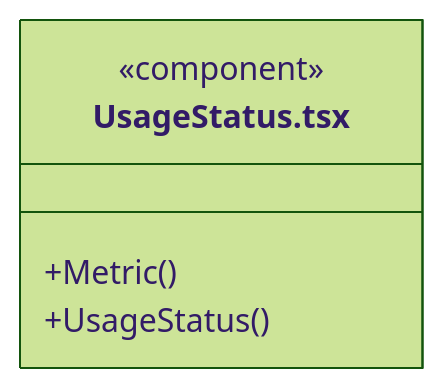
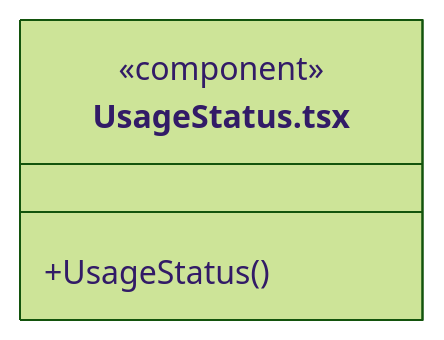
Diagram 25 of 33 in src/frontend/conversation/ARCHITECTURE.md (nan023062/cbim), drawn with Mermaid (forest theme) before and after one commit. The commit also changed other lines of this file and 240 other files, not shown here.

````diff
--- a/src/frontend/conversation/ARCHITECTURE.md
+++ b/src/frontend/conversation/ARCHITECTURE.md
@@ -308,8 +332,7 @@
 ```mermaid
 classDiagram
 class N_src_frontend_conversation_UsageStatus_tsx["UsageStatus.tsx"] {
   <<component>>
-  +Metric()
   +UsageStatus()
 }
 ```
````
